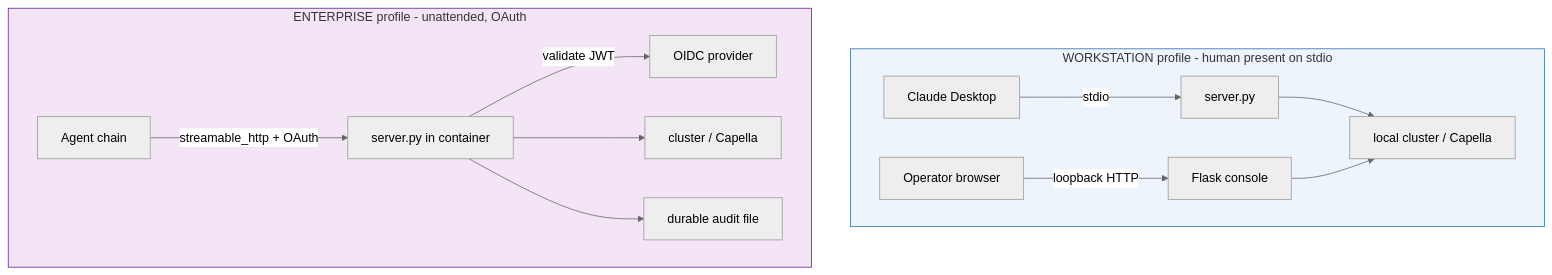
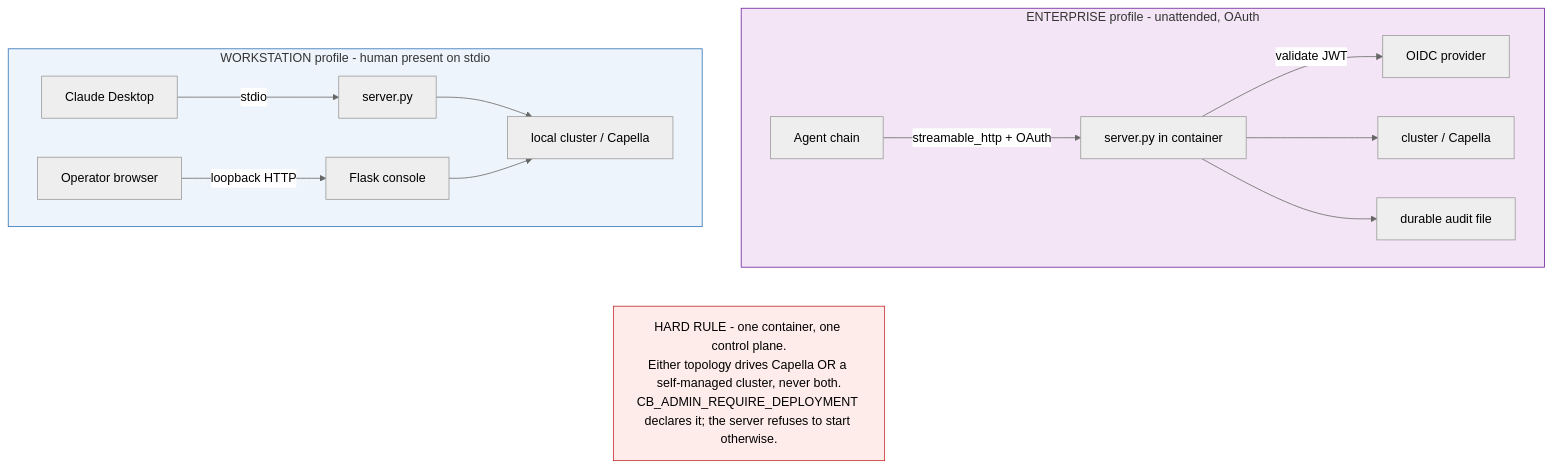
Before and after one commit to Couchbase-Ecosystem/couchbase_admin_mcp_server: the diagram in docs/diagrams-src/06_topology.mmd, drawn with Mermaid (neutral theme). The commit also changed 29 other files, not shown here.

```diff
--- a/docs/diagrams-src/06_topology.mmd
+++ b/docs/diagrams-src/06_topology.mmd
@@ -1,15 +1,19 @@
 graph TB
   subgraph W["WORKSTATION profile - human present on stdio"]
     W1["Claude Desktop"] -->|stdio| W2["server.py"]
     W4["Operator browser"] -->|"loopback HTTP"| W5["Flask console"]
     W2 --> W3["local cluster / Capella"]
     W5 --> W3
   end
   subgraph E["ENTERPRISE profile - unattended, OAuth"]
     E1["Agent chain"] -->|"streamable_http + OAuth"| E2["server.py in container"]
     E2 -->|"validate JWT"| E3["OIDC provider"]
     E2 --> E4["cluster / Capella"]
     E2 --> E5["durable audit file"]
   end
+  R["HARD RULE - one container, one control plane.<br/>Either topology drives Capella OR a self-managed cluster, never both.<br/>CB_ADMIN_REQUIRE_DEPLOYMENT declares it; the server refuses to start otherwise."]
+  W ~~~ R
+  E ~~~ R
   style W fill:#eef4fb,stroke:#2c6fb5
   style E fill:#f3e5f5,stroke:#6a1b9a
+  style R fill:#fdecea,stroke:#c62828
```
